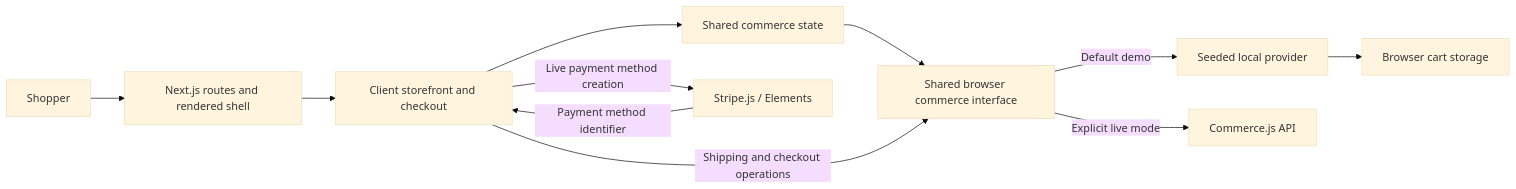
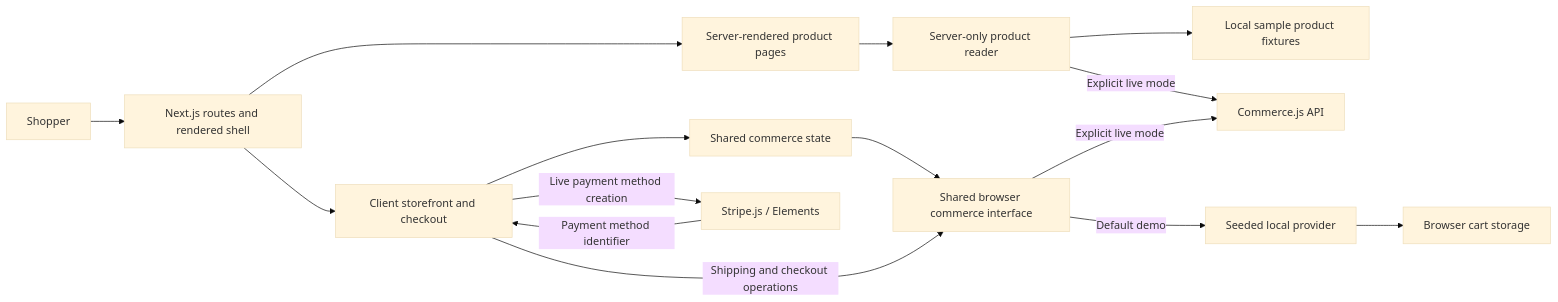
One commit to joydas65/Ecommerce-Store changed the diagram in README.md. Above: the diagram before and after it, drawn with Mermaid (base theme). The commit also changed other lines of this file and 36 other files, not shown here.

Commit message:
Add server-rendered product pages with tested cart and recovery flows

````diff
--- a/README.md
+++ b/README.md
@@ -38,13 +39,17 @@
 ```mermaid
 flowchart LR
     Shopper[Shopper] --> Next[Next.js routes and rendered shell]
+    Next --> Detail[Server-rendered product pages]
+    Detail --> Reader[Server-only product reader]
+    Reader --> Fixtures[Local sample product fixtures]
+    Reader -->|Explicit live mode| Commerce[Commerce.js API]
     Next --> UI[Client storefront and checkout]
     UI --> State[Shared commerce state]
     State --> Adapter[Shared browser commerce interface]
     UI -->|Shipping and checkout operations| Adapter
     Adapter -->|Default demo| Demo[Seeded local provider]
     Demo --> Cart[Browser cart storage]
     Adapter -->|Explicit live mode| Commerce[Commerce.js API]
     UI -->|Live payment method creation| Stripe[Stripe.js / Elements]
     Stripe -->|Payment method identifier| UI
 ```
````
